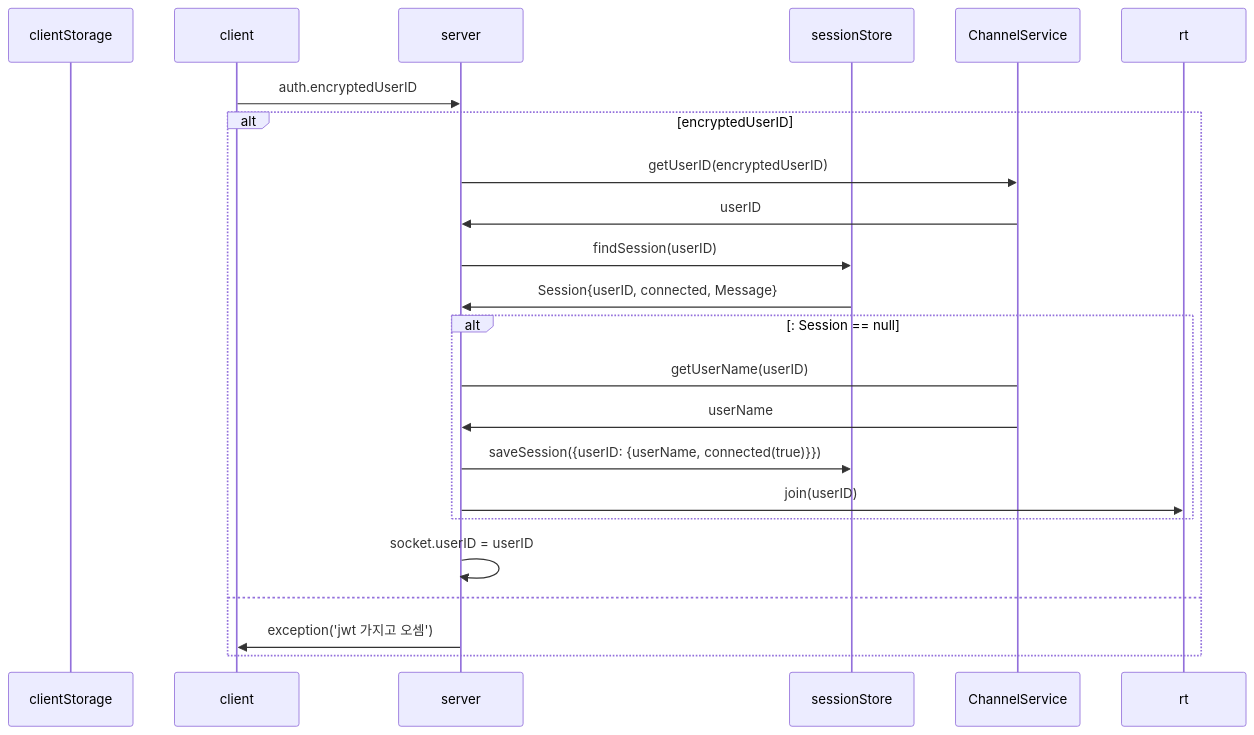
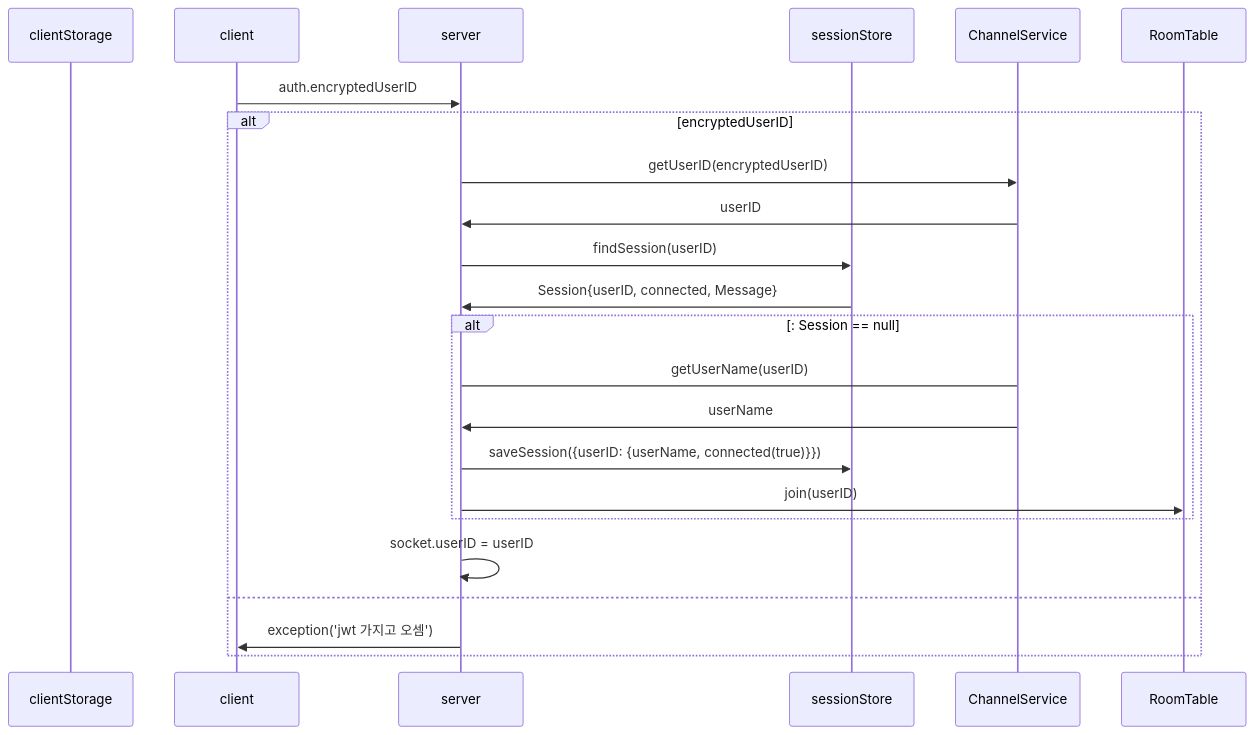
The first of 19 diagrams in backend/node/app/event.md (mtak0235/simmons_transcendence), drawn with Mermaid before and after one commit. The commit also changed other lines of this file and 7 other files, not shown here.

````diff
--- a/backend/node/app/event.md
+++ b/backend/node/app/event.md
@@ -9,26 +9,27 @@
 ```mermaid
 sequenceDiagram
 participant cls as clientStorage
 participant c as client
 participant ga as server
 participant ss as sessionStore
 participant cs as ChannelService
+participant rt as RoomTable
 
 
 c->>ga: auth.encryptedUserID
 alt encryptedUserID
 ga->>cs: getUserID(encryptedUserID)
 cs->>ga: userID
 ga->>ss: findSession(userID)
 ss->>ga: Session{userID, connected, Message}
 alt: Session == null
 ga->cs: getUserName(userID)
 cs->>ga: userName
 ga->>ss: saveSession({userID: {userName, connected(true)}})
 ga->>rt: join(userID)
 end
 ga->>ga: socket.userID = userID
 else
 ga->>c: exception('jwt 가지고 오셈');
 end
 ```
````
